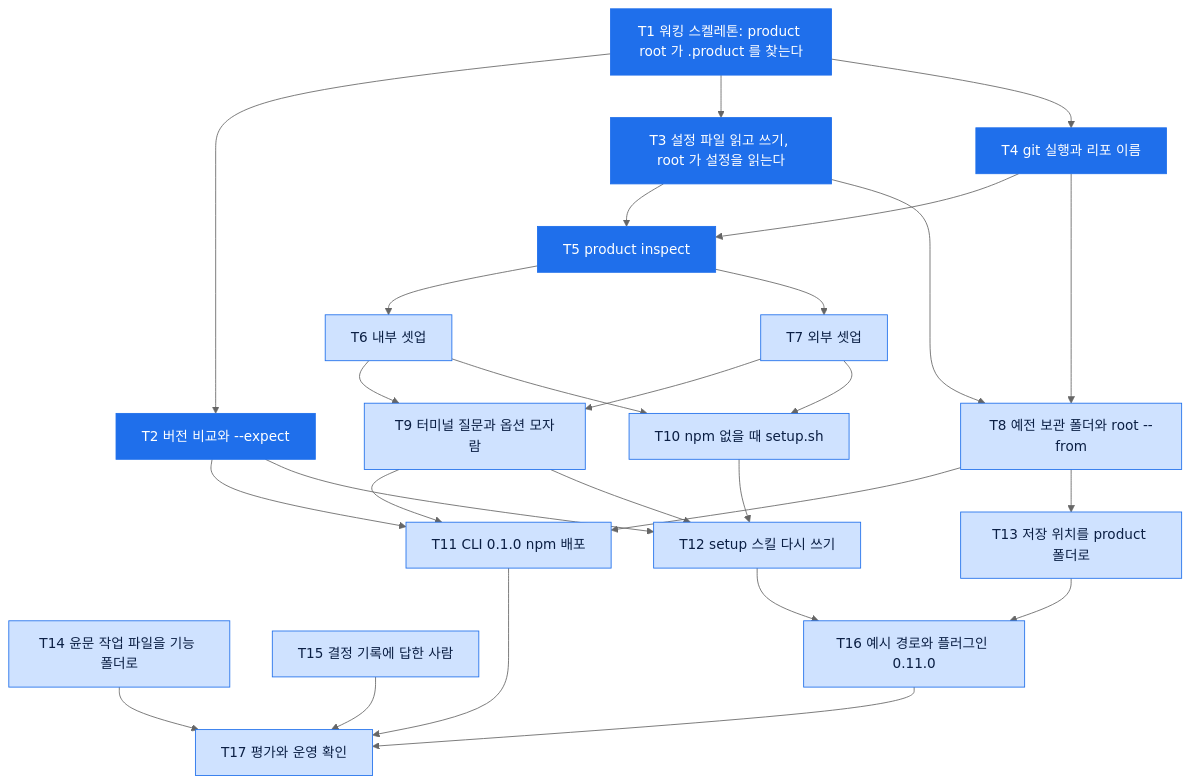
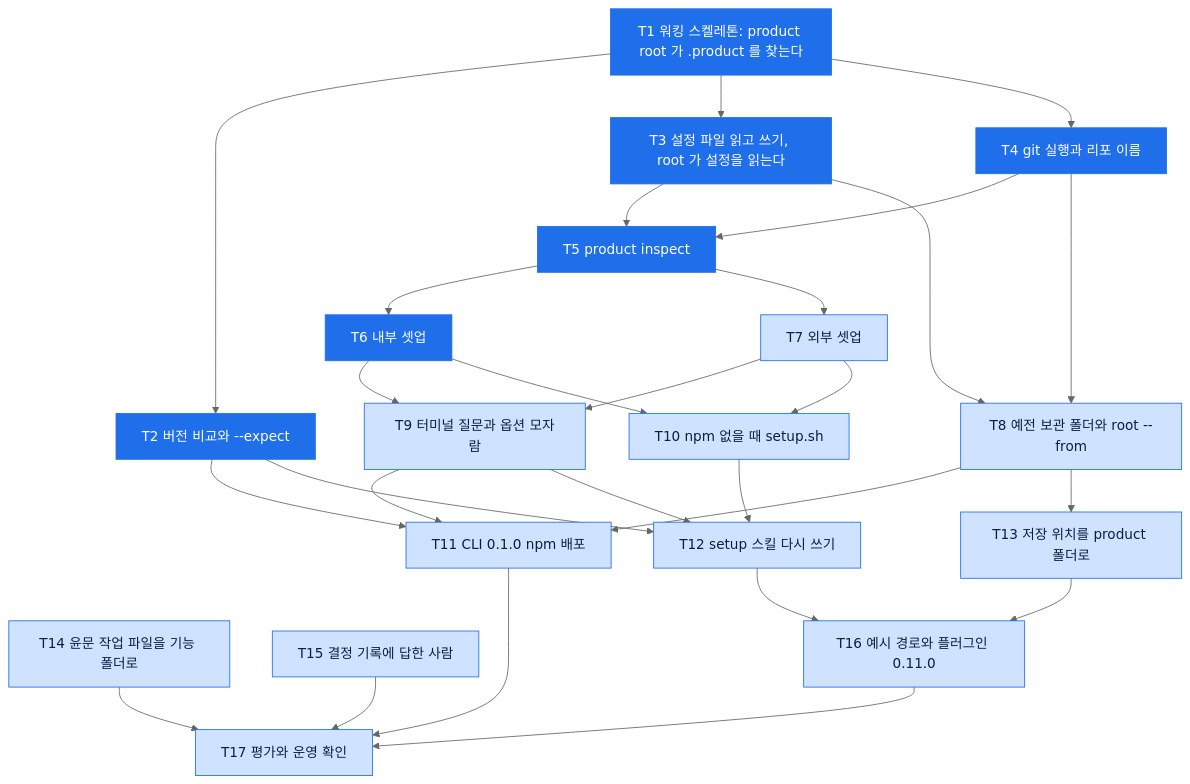
One commit to dorage/product-skills changed the diagram in .product/features/261122_setup-method/tasks.md. Above: the diagram before and after it, drawn with Mermaid (neutral theme). The commit also changed other lines of this file and 4 other files, not shown here.

````diff
--- a/.product/features/261122_setup-method/tasks.md
+++ b/.product/features/261122_setup-method/tasks.md
@@ -7,50 +7,50 @@
 ```mermaid
 flowchart TD
     T1["T1 워킹 스켈레톤: product root 가 .product 를 찾는다"]
     T2["T2 버전 비교와 --expect"]
     T3["T3 설정 파일 읽고 쓰기, root 가 설정을 읽는다"]
     T4["T4 git 실행과 리포 이름"]
     T5["T5 product inspect"]
     T6["T6 내부 셋업"]
     T7["T7 외부 셋업"]
     T8["T8 예전 보관 폴더와 root --from"]
     T9["T9 터미널 질문과 옵션 모자람"]
     T10["T10 npm 없을 때 setup.sh"]
     T11["T11 CLI 0.1.0 npm 배포"]
     T12["T12 setup 스킬 다시 쓰기"]
     T13["T13 저장 위치를 product 폴더로"]
     T14["T14 윤문 작업 파일을 기능 폴더로"]
     T15["T15 결정 기록에 답한 사람"]
     T16["T16 예시 경로와 플러그인 0.11.0"]
     T17["T17 평가와 운영 확인"]
     T1 --> T2
     T1 --> T3
     T1 --> T4
     T3 --> T5
     T4 --> T5
     T5 --> T6
     T5 --> T7
     T3 --> T8
     T4 --> T8
     T6 --> T9
     T7 --> T9
     T6 --> T10
     T7 --> T10
     T2 --> T11
     T8 --> T11
     T9 --> T11
     T9 --> T12
     T10 --> T12
     T2 --> T12
     T8 --> T13
     T12 --> T16
     T13 --> T16
     T11 --> T17
     T14 --> T17
     T15 --> T17
     T16 --> T17
     classDef done fill:#1f6feb,stroke:#1f6feb,color:#ffffff
     classDef todo fill:#cfe2ff,stroke:#1f6feb,color:#0b1f44
-    class T1,T2,T3,T4,T5 done
-    class T6,T7,T8,T9,T10,T11,T12,T13,T14,T15,T16,T17 todo
+    class T1,T2,T3,T4,T5,T6 done
+    class T7,T8,T9,T10,T11,T12,T13,T14,T15,T16,T17 todo
 ```
````
